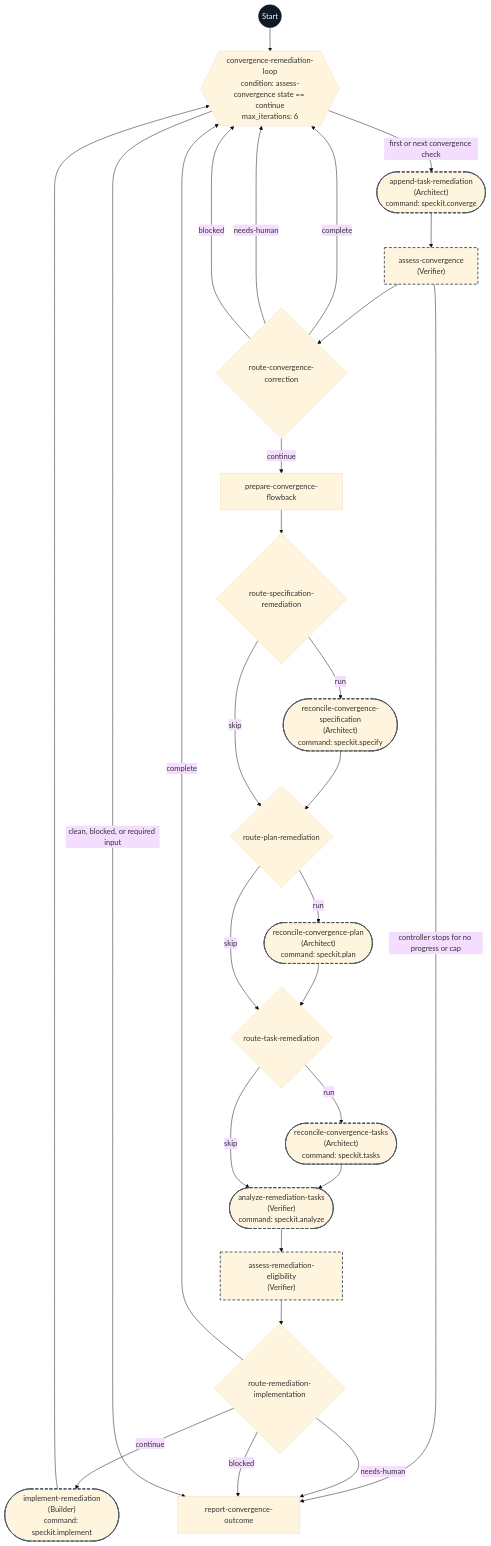
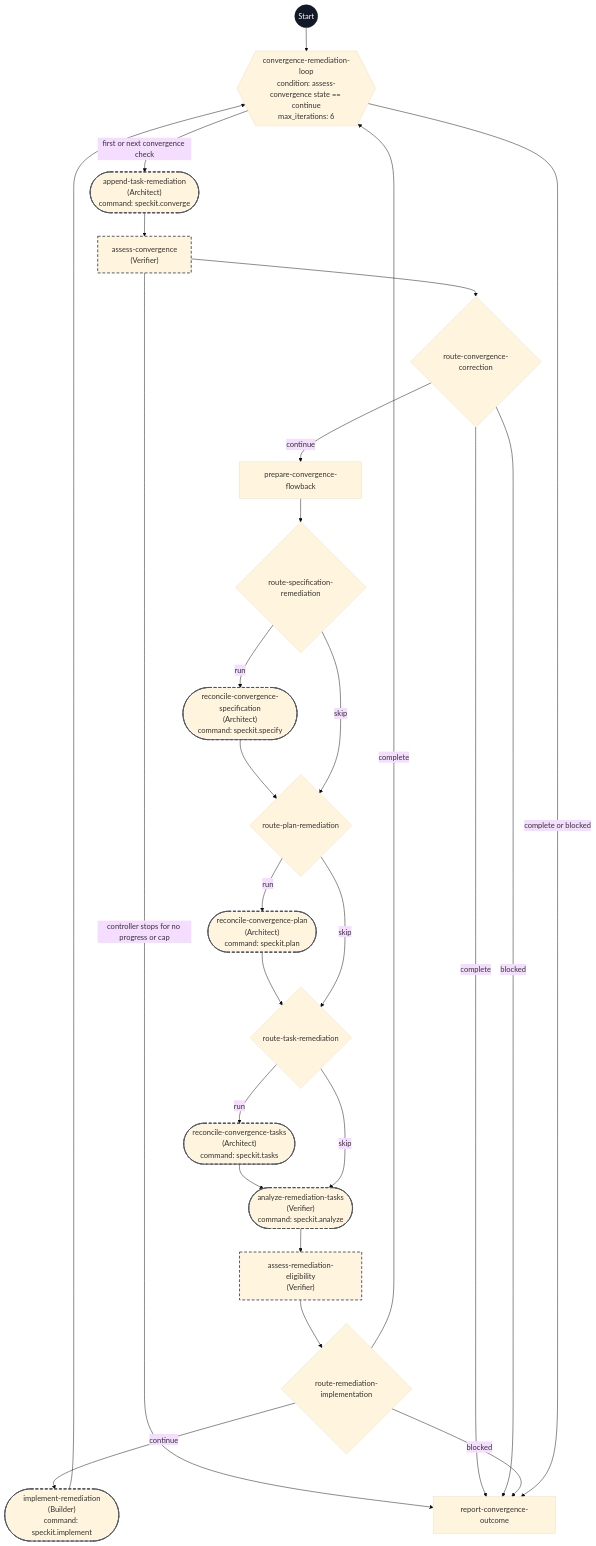
Before and after one commit to pegagio/spec-kit-flow: the diagram in workflows/speckit-flow-converge/flowchart.md, drawn with Mermaid (base theme). The commit also changed 24 other files, not shown here.

````diff
--- a/workflows/speckit-flow-converge/flowchart.md
+++ b/workflows/speckit-flow-converge/flowchart.md
@@ -7,49 +7,47 @@
 ```mermaid
 flowchart TD
     start((Start))
     loop{{"convergence-remediation-loop<br/>condition: assess-convergence state == continue<br/>max_iterations: 6"}}
     converge(["append-task-remediation<br/>(Architect)<br/>command: speckit.converge"])
     assess["assess-convergence<br/>(Verifier)"]
     correctionRoute@{ shape: diam, label: "route-convergence-correction" }
     prepare["prepare-convergence-flowback"]
     specRoute@{ shape: diam, label: "route-specification-remediation" }
     spec(["reconcile-convergence-specification<br/>(Architect)<br/>command: speckit.specify"])
     planRoute@{ shape: diam, label: "route-plan-remediation" }
     plan(["reconcile-convergence-plan<br/>(Architect)<br/>command: speckit.plan"])
     tasksRoute@{ shape: diam, label: "route-task-remediation" }
     tasks(["reconcile-convergence-tasks<br/>(Architect)<br/>command: speckit.tasks"])
     analyze(["analyze-remediation-tasks<br/>(Verifier)<br/>command: speckit.analyze"])
     eligibility["assess-remediation-eligibility<br/>(Verifier)"]
     implementRoute@{ shape: diam, label: "route-remediation-implementation" }
     implement(["implement-remediation<br/>(Builder)<br/>command: speckit.implement"])
     report["report-convergence-outcome"]
 
     start --> loop
     loop -- first or next convergence check --> converge --> assess --> correctionRoute
     assess -- controller stops for no progress or cap --> report
     correctionRoute -- continue --> prepare --> specRoute
-    correctionRoute -- complete --> loop
-    correctionRoute -- needs-human --> loop
-    correctionRoute -- blocked --> loop
+    correctionRoute -- complete --> report
+    correctionRoute -- blocked --> report
     specRoute -- run --> spec --> planRoute
     specRoute -- skip --> planRoute
     planRoute -- run --> plan --> tasksRoute
     planRoute -- skip --> tasksRoute
     tasksRoute -- run --> tasks --> analyze
     tasksRoute -- skip --> analyze
     analyze --> eligibility --> implementRoute
     implementRoute -- continue --> implement --> loop
     implementRoute -- complete --> loop
-    implementRoute -- needs-human --> report
     implementRoute -- blocked --> report
-    loop -- clean, blocked, or required input --> report
+    loop -- complete or blocked --> report
 
     classDef delegated stroke:#4b5563,stroke-width:2px,stroke-dasharray:6 4
     class converge,assess,spec,plan,tasks,analyze,eligibility,implement delegated
     style correctionRoute stroke-dasharray:0
     style specRoute stroke-dasharray:0
     style planRoute stroke-dasharray:0
     style tasksRoute stroke-dasharray:0
     style implementRoute stroke-dasharray:0
     style start fill:#111827,stroke:#111827,color:#ffffff
 ```
````
